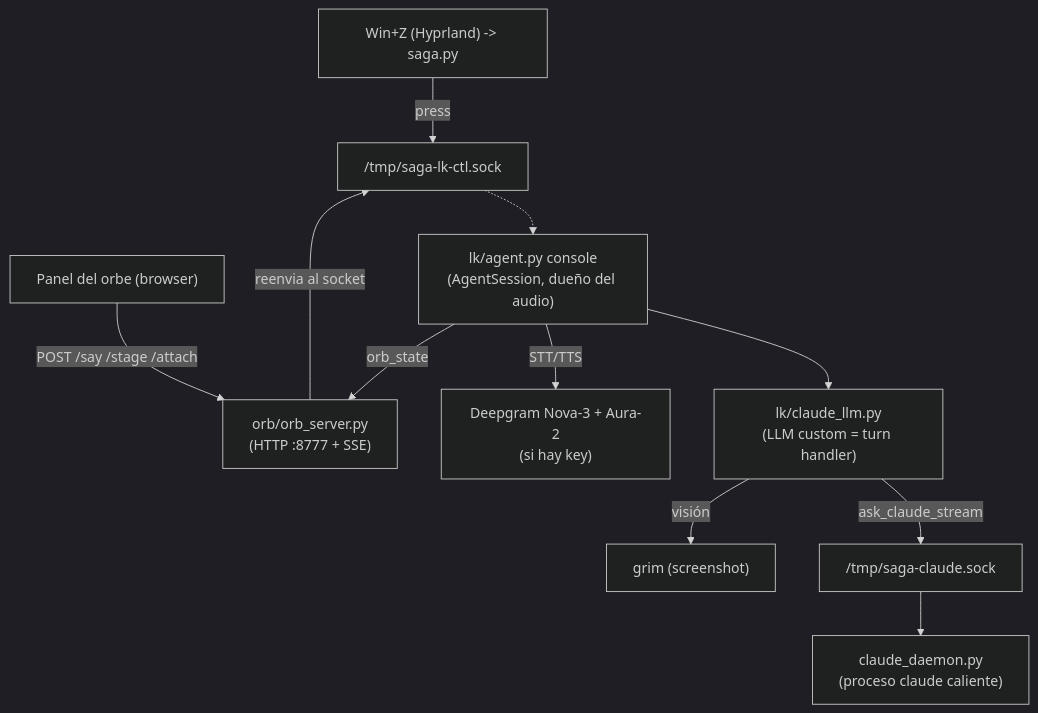
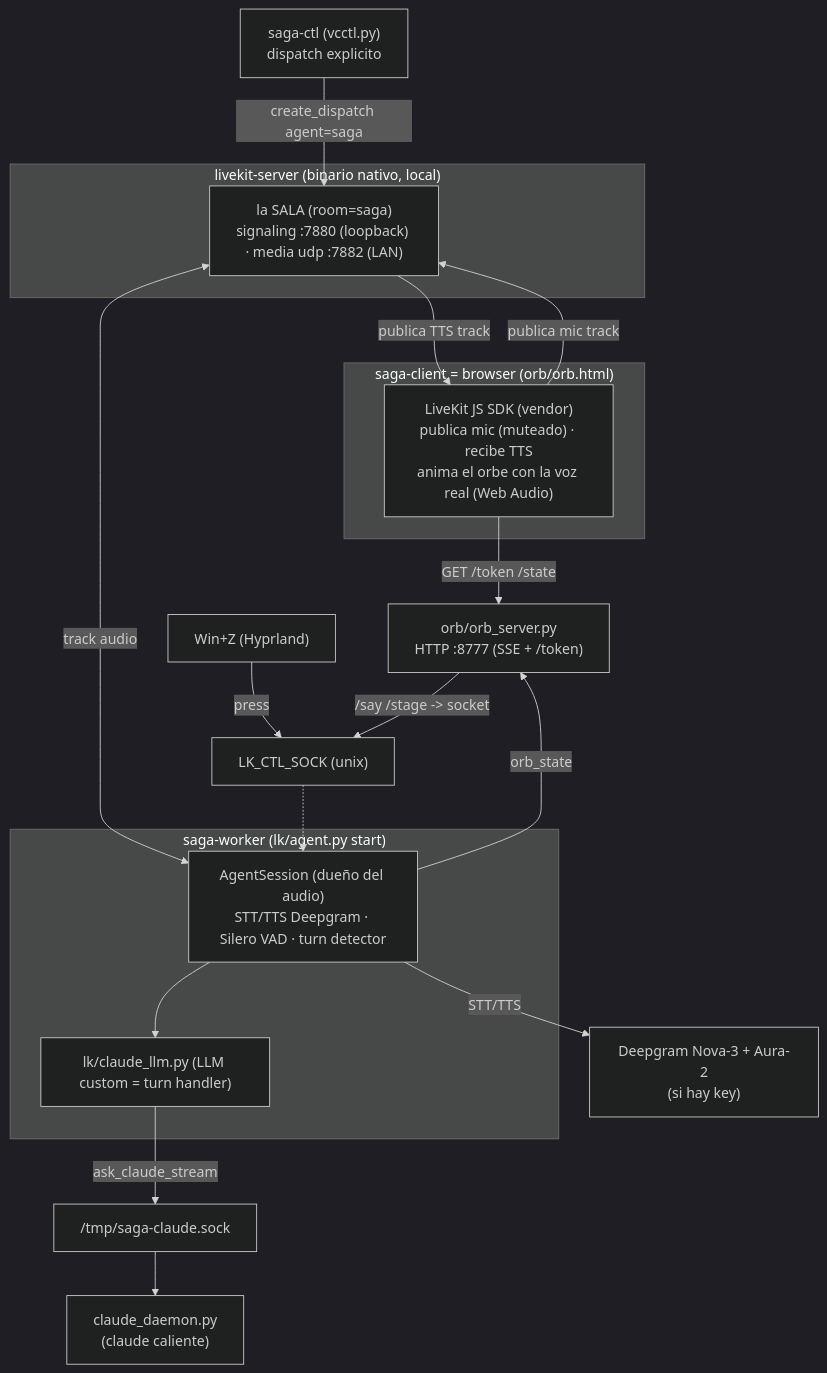
Before and after one commit to RenzoPS/saga: the diagram in docs/architecture.md, drawn with Mermaid (dark theme). The commit also changed other lines of this file and 8 other files, not shown here.

````diff
--- a/docs/architecture.md
+++ b/docs/architecture.md
@@ -25,27 +17,37 @@
 ```mermaid
 graph TD
-    WinZ["Win+Z (Hyprland) -> saga.py"]
-    Panel["Panel del orbe (browser)"]
+    subgraph Server["livekit-server (binario nativo, local)"]
+        Room["la SALA (room=saga)<br/>signaling :7880 (loopback) · media udp :7882 (LAN)"]
+    end
 
-    Agent["lk/agent.py console<br/>(AgentSession, dueño del audio)"]
-    LLM["lk/claude_llm.py<br/>(LLM custom = turn handler)"]
-    CtlSock["/tmp/saga-lk-ctl.sock"]
+    subgraph Client["saga-client = browser (orb/orb.html)"]
+        Orb["LiveKit JS SDK (vendor)<br/>publica mic (muteado) · recibe TTS<br/>anima el orbe con la voz real (Web Audio)"]
+    end
 
-    CDaemon["claude_daemon.py<br/>(proceso claude caliente)"]
+    subgraph Worker["saga-worker (lk/agent.py start)"]
+        Agent["AgentSession (dueño del audio)<br/>STT/TTS Deepgram · Silero VAD · turn detector"]
+        LLM["lk/claude_llm.py (LLM custom = turn handler)"]
+    end
+
+    OServer["orb/orb_server.py<br/>HTTP :8777 (SSE + /token)"]
+    Ctl["saga-ctl (vcctl.py)<br/>dispatch explicito"]
+    WinZ["Win+Z (Hyprland)"]
+    CtlSock["LK_CTL_SOCK (unix)"]
+    CDaemon["claude_daemon.py<br/>(claude caliente)"]
     CSock["/tmp/saga-claude.sock"]
+    DG["Deepgram Nova-3 + Aura-2<br/>(si hay key)"]
 
-    OServer["orb/orb_server.py<br/>(HTTP :8777 + SSE)"]
-    DG["Deepgram Nova-3 + Aura-2<br/>(si hay key)"]
-    Grim["grim (screenshot)"]
-
+    Orb -->|publica mic track| Room
+    Room -->|publica TTS track| Orb
+    Room <-->|track audio| Agent
+    Orb -->|GET /token /state| OServer
+    Ctl -->|create_dispatch agent=saga| Room
     WinZ -->|press| CtlSock
-    Panel -->|POST /say /stage /attach| OServer
-    OServer -->|reenvia al socket| CtlSock
+    OServer -->|/say /stage -> socket| CtlSock
     CtlSock -.-> Agent
     Agent --> LLM
     LLM -->|ask_claude_stream| CSock
     CSock --> CDaemon
     Agent -->|STT/TTS| DG
     Agent -->|orb_state| OServer
-    LLM -->|visión| Grim
 ```
````
